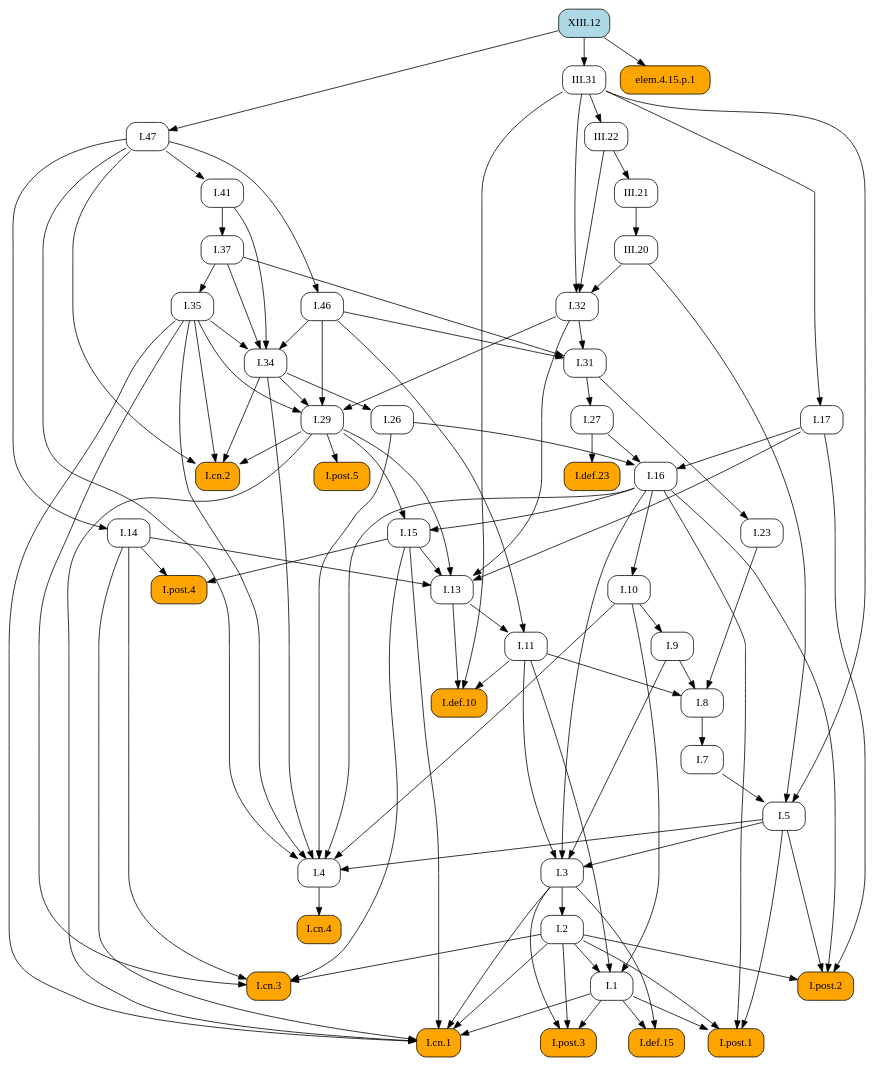
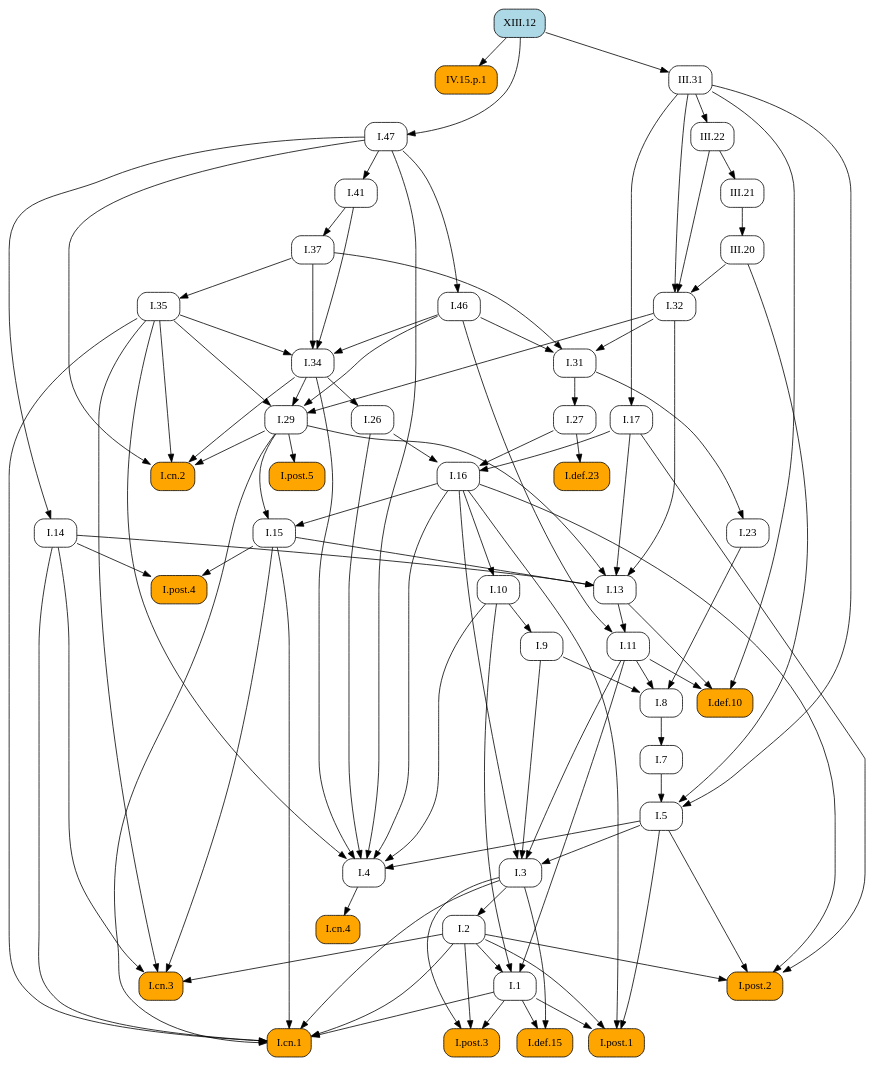
The diagram in docsrc/heath/XIII/12/index.rst (geometor/elements), drawn with Graphviz before and after one commit. The commit also changed other lines of this file and 484 other files, not shown here.

```diff
--- a/docsrc/heath/XIII/12/index.rst
+++ b/docsrc/heath/XIII/12/index.rst
@@ -43,101 +43,77 @@
    digraph {
      rankdir="TB";
      node [shape=box, style=rounded];
+     "I.23" [URL="/heath/I/23/", target="_top"];
+     "I.9" [URL="/heath/I/9/", target="_top"];
+     "I.32" [URL="/heath/I/32/", target="_top"];
+     "I.def.15" [style="rounded,filled", fillcolor=orange, URL="/heath/I/def.15/", target="_top"];
+     "IV.15.p.1" [style="rounded,filled", fillcolor=orange];
+     "I.47" [URL="/heath/I/47/", target="_top"];
+     "I.post.3" [style="rounded,filled", fillcolor=orange, URL="/heath/I/post.3/", target="_top"];
+     "I.post.1" [style="rounded,filled", fillcolor=orange, URL="/heath/I/post.1/", target="_top"];
+     "III.20" [URL="/heath/III/20/", target="_top"];
+     "I.31" [URL="/heath/I/31/", target="_top"];
+     "III.22" [URL="/heath/III/22/", target="_top"];
      "I.def.10" [style="rounded,filled", fillcolor=orange, URL="/heath/I/def.10/", target="_top"];
-     "I.11" [URL="/heath/I/11/", target="_top"];
-     "I.post.4" [style="rounded,filled", fillcolor=orange, URL="/heath/I/post.4/", target="_top"];
-     "I.1" [URL="/heath/I/1/", target="_top"];
-     "I.26" [URL="/heath/I/26/", target="_top"];
-     "elem.4.15.p.1" [style="rounded,filled", fillcolor=orange];
-     "I.29" [URL="/heath/I/29/", target="_top"];
-     "III.20" [URL="/heath/III/20/", target="_top"];
-     "I.cn.2" [style="rounded,filled", fillcolor=orange, URL="/heath/I/cn.2/", target="_top"];
-     "III.31" [URL="/heath/III/31/", target="_top"];
-     "I.47" [URL="/heath/I/47/", target="_top"];
-     "I.def.15" [style="rounded,filled", fillcolor=orange, URL="/heath/I/def.15/", target="_top"];
-     "I.post.3" [style="rounded,filled", fillcolor=orange, URL="/heath/I/post.3/", target="_top"];
-     "I.cn.1" [style="rounded,filled", fillcolor=orange, URL="/heath/I/cn.1/", target="_top"];
-     "I.cn.3" [style="rounded,filled", fillcolor=orange, URL="/heath/I/cn.3/", target="_top"];
+     "XIII.12" [style="rounded,filled", fillcolor=lightblue, URL="/heath/XIII/12/", target="_top"];
+     "I.27" [URL="/heath/I/27/", target="_top"];
      "I.14" [URL="/heath/I/14/", target="_top"];
-     "I.23" [URL="/heath/I/23/", target="_top"];
-     "I.post.1" [style="rounded,filled", fillcolor=orange, URL="/heath/I/post.1/", target="_top"];
-     "I.35" [URL="/heath/I/35/", target="_top"];
-     "I.41" [URL="/heath/I/41/", target="_top"];
-     "I.27" [URL="/heath/I/27/", target="_top"];
-     "I.46" [URL="/heath/I/46/", target="_top"];
-     "I.37" [URL="/heath/I/37/", target="_top"];
      "I.34" [URL="/heath/I/34/", target="_top"];
      "I.3" [URL="/heath/I/3/", target="_top"];
+     "I.35" [URL="/heath/I/35/", target="_top"];
+     "I.cn.1" [style="rounded,filled", fillcolor=orange, URL="/heath/I/cn.1/", target="_top"];
      "I.7" [URL="/heath/I/7/", target="_top"];
-     "XIII.12" [style="rounded,filled", fillcolor=lightblue, URL="/heath/XIII/12/", target="_top"];
      "I.2" [URL="/heath/I/2/", target="_top"];
+     "I.13" [URL="/heath/I/13/", target="_top"];
+     "I.post.4" [style="rounded,filled", fillcolor=orange, URL="/heath/I/post.4/", target="_top"];
      "I.4" [URL="/heath/I/4/", target="_top"];
+     "I.1" [URL="/heath/I/1/", target="_top"];
+     "I.5" [URL="/heath/I/5/", target="_top"];
+     "I.17" [URL="/heath/I/17/", target="_top"];
+     "I.37" [URL="/heath/I/37/", target="_top"];
+     "I.8" [URL="/heath/I/8/", target="_top"];
+     "I.cn.3" [style="rounded,filled", fillcolor=orange, URL="/heath/I/cn.3/", target="_top"];
+     "I.29" [URL="/heath/I/29/", target="_top"];
+     "I.16" [URL="/heath/I/16/", target="_top"];
+     "III.31" [URL="/heath/III/31/", target="_top"];
+     "I.15" [URL="/heath/I/15/", target="_top"];
+     "I.10" [URL="/heath/I/10/", target="_top"];
+     "I.11" [URL="/heath/I/11/", target="_top"];
      "I.def.23" [style="rounded,filled", fillcolor=orange, URL="/heath/I/def.23/", target="_top"];
-     "I.13" [URL="/heath/I/13/", target="_top"];
-     "I.17" [URL="/heath/I/17/", target="_top"];
-     "I.31" [URL="/heath/I/31/", target="_top"];
+     "I.cn.2" [style="rounded,filled", fillcolor=orange, URL="/heath/I/cn.2/", target="_top"];
+     "I.post.5" [style="rounded,filled", fillcolor=orange, URL="/heath/I/post.5/", target="_top"];
+     "I.cn.4" [style="rounded,filled", fillcolor=orange, URL="/heath/I/cn.4/", target="_top"];
+     "III.21" [URL="/heath/III/21/", target="_top"];
+     "I.41" [URL="/heath/I/41/", target="_top"];
      "I.post.2" [style="rounded,filled", fillcolor=orange, URL="/heath/I/post.2/", target="_top"];
-     "I.16" [URL="/heath/I/16/", target="_top"];
-     "I.9" [URL="/heath/I/9/", target="_top"];
-     "I.32" [URL="/heath/I/32/", target="_top"];
-     "I.8" [URL="/heath/I/8/", target="_top"];
-     "I.cn.4" [style="rounded,filled", fillcolor=orange, URL="/heath/I/cn.4/", target="_top"];
-     "I.15" [URL="/heath/I/15/", target="_top"];
-     "III.21" [URL="/heath/III/21/", target="_top"];
-     "III.22" [URL="/heath/III/22/", target="_top"];
-     "I.post.5" [style="rounded,filled", fillcolor=orange, URL="/heath/I/post.5/", target="_top"];
-     "I.10" [URL="/heath/I/10/", target="_top"];
-     "I.5" [URL="/heath/I/5/", target="_top"];
-     "I.11" -> "I.def.10";
-     "I.13" -> "I.def.10";
-     "III.31" -> "I.def.10";
-     "I.13" -> "I.11";
-     "I.46" -> "I.11";
-     "I.14" -> "I.post.4";
-     "I.15" -> "I.post.4";
-     "I.2" -> "I.1";
-     "I.10" -> "I.1";
-     "I.11" -> "I.1";
-     "I.34" -> "I.26";
-     "XIII.12" -> "elem.4.15.p.1";
-     "I.32" -> "I.29";
-     "I.34" -> "I.29";
-     "I.35" -> "I.29";
-     "I.46" -> "I.29";
-     "III.21" -> "III.20";
-     "I.29" -> "I.cn.2";
-     "I.34" -> "I.cn.2";
-     "I.35" -> "I.cn.2";
-     "I.47" -> "I.cn.2";
-     "XIII.12" -> "III.31";
-     "XIII.12" -> "I.47";
+     "I.46" [URL="/heath/I/46/", target="_top"];
+     "I.26" [URL="/heath/I/26/", target="_top"];
+     "I.31" -> "I.23";
+     "I.10" -> "I.9";
+     "III.20" -> "I.32";
+     "III.22" -> "I.32";
+     "III.31" -> "I.32";
      "I.1" -> "I.def.15";
      "I.3" -> "I.def.15";
+     "XIII.12" -> "IV.15.p.1";
+     "XIII.12" -> "I.47";
      "I.1" -> "I.post.3";
      "I.2" -> "I.post.3";
      "I.3" -> "I.post.3";
-     "I.1" -> "I.cn.1";
-     "I.2" -> "I.cn.1";
-     "I.3" -> "I.cn.1";
-     "I.14" -> "I.cn.1";
-     "I.15" -> "I.cn.1";
-     "I.29" -> "I.cn.1";
-     "I.35" -> "I.cn.1";
-     "I.2" -> "I.cn.3";
-     "I.14" -> "I.cn.3";
-     "I.15" -> "I.cn.3";
-     "I.35" -> "I.cn.3";
-     "I.47" -> "I.14";
-     "I.31" -> "I.23";
      "I.1" -> "I.post.1";
      "I.2" -> "I.post.1";
      "I.5" -> "I.post.1";
      "I.16" -> "I.post.1";
-     "I.37" -> "I.35";
-     "I.47" -> "I.41";
+     "III.21" -> "III.20";
+     "I.32" -> "I.31";
+     "I.37" -> "I.31";
+     "I.46" -> "I.31";
+     "III.31" -> "III.22";
+     "I.11" -> "I.def.10";
+     "I.13" -> "I.def.10";
+     "III.31" -> "I.def.10";
      "I.31" -> "I.27";
-     "I.47" -> "I.46";
-     "I.41" -> "I.37";
+     "I.47" -> "I.14";
      "I.35" -> "I.34";
      "I.37" -> "I.34";
      "I.41" -> "I.34";
@@ -146,8 +122,23 @@
      "I.9" -> "I.3";
      "I.11" -> "I.3";
      "I.16" -> "I.3";
+     "I.37" -> "I.35";
+     "I.1" -> "I.cn.1";
+     "I.2" -> "I.cn.1";
+     "I.3" -> "I.cn.1";
+     "I.14" -> "I.cn.1";
+     "I.15" -> "I.cn.1";
+     "I.29" -> "I.cn.1";
+     "I.35" -> "I.cn.1";
      "I.8" -> "I.7";
      "I.3" -> "I.2";
+     "I.14" -> "I.13";
+     "I.15" -> "I.13";
+     "I.17" -> "I.13";
+     "I.29" -> "I.13";
+     "I.32" -> "I.13";
+     "I.14" -> "I.post.4";
+     "I.15" -> "I.post.4";
      "I.5" -> "I.4";
      "I.10" -> "I.4";
      "I.16" -> "I.4";
@@ -155,38 +146,47 @@
      "I.34" -> "I.4";
      "I.35" -> "I.4";
      "I.47" -> "I.4";
+     "I.2" -> "I.1";
+     "I.10" -> "I.1";
+     "I.11" -> "I.1";
+     "I.7" -> "I.5";
+     "III.20" -> "I.5";
+     "III.31" -> "I.5";
+     "III.31" -> "I.17";
+     "I.41" -> "I.37";
+     "I.9" -> "I.8";
+     "I.11" -> "I.8";
+     "I.23" -> "I.8";
+     "I.2" -> "I.cn.3";
+     "I.14" -> "I.cn.3";
+     "I.15" -> "I.cn.3";
+     "I.35" -> "I.cn.3";
+     "I.32" -> "I.29";
+     "I.34" -> "I.29";
+     "I.35" -> "I.29";
+     "I.46" -> "I.29";
+     "I.17" -> "I.16";
+     "I.26" -> "I.16";
+     "I.27" -> "I.16";
+     "XIII.12" -> "III.31";
+     "I.16" -> "I.15";
+     "I.29" -> "I.15";
+     "I.16" -> "I.10";
+     "I.13" -> "I.11";
+     "I.46" -> "I.11";
      "I.27" -> "I.def.23";
-     "I.14" -> "I.13";
-     "I.15" -> "I.13";
-     "I.17" -> "I.13";
-     "I.29" -> "I.13";
-     "I.32" -> "I.13";
-     "III.31" -> "I.17";
-     "I.32" -> "I.31";
-     "I.37" -> "I.31";
-     "I.46" -> "I.31";
+     "I.29" -> "I.cn.2";
+     "I.34" -> "I.cn.2";
+     "I.35" -> "I.cn.2";
+     "I.47" -> "I.cn.2";
+     "I.29" -> "I.post.5";
+     "I.4" -> "I.cn.4";
+     "III.22" -> "III.21";
+     "I.47" -> "I.41";
      "I.2" -> "I.post.2";
      "I.5" -> "I.post.2";
      "I.16" -> "I.post.2";
      "I.17" -> "I.post.2";
-     "I.17" -> "I.16";
-     "I.26" -> "I.16";
-     "I.27" -> "I.16";
-     "I.10" -> "I.9";
-     "III.20" -> "I.32";
-     "III.22" -> "I.32";
-     "III.31" -> "I.32";
-     "I.9" -> "I.8";
-     "I.11" -> "I.8";
-     "I.23" -> "I.8";
-     "I.4" -> "I.cn.4";
-     "I.16" -> "I.15";
-     "I.29" -> "I.15";
-     "III.22" -> "III.21";
-     "III.31" -> "III.22";
-     "I.29" -> "I.post.5";
-     "I.16" -> "I.10";
-     "I.7" -> "I.5";
-     "III.20" -> "I.5";
-     "III.31" -> "I.5";
+     "I.47" -> "I.46";
+     "I.34" -> "I.26";
    }
```
